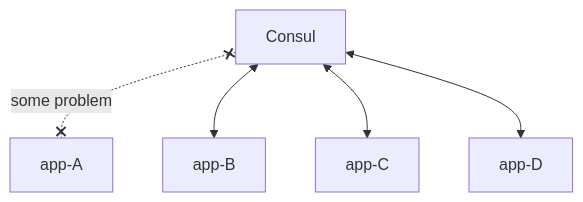
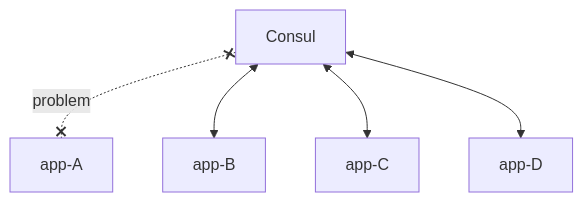
Before and after one commit to lexdmm/consul-service-discovery: the diagram in README.md, drawn with Mermaid.

````diff
--- a/README.md
+++ b/README.md
@@ -36,7 +36,7 @@
 ```mermaid
 graph TD;
-    Consul x-. some problem .-x app-A;
+    Consul x-. problem .-x app-A;
     Consul<-->app-B;
     Consul<-->app-C;
     Consul<-->app-D;
 ```
````
